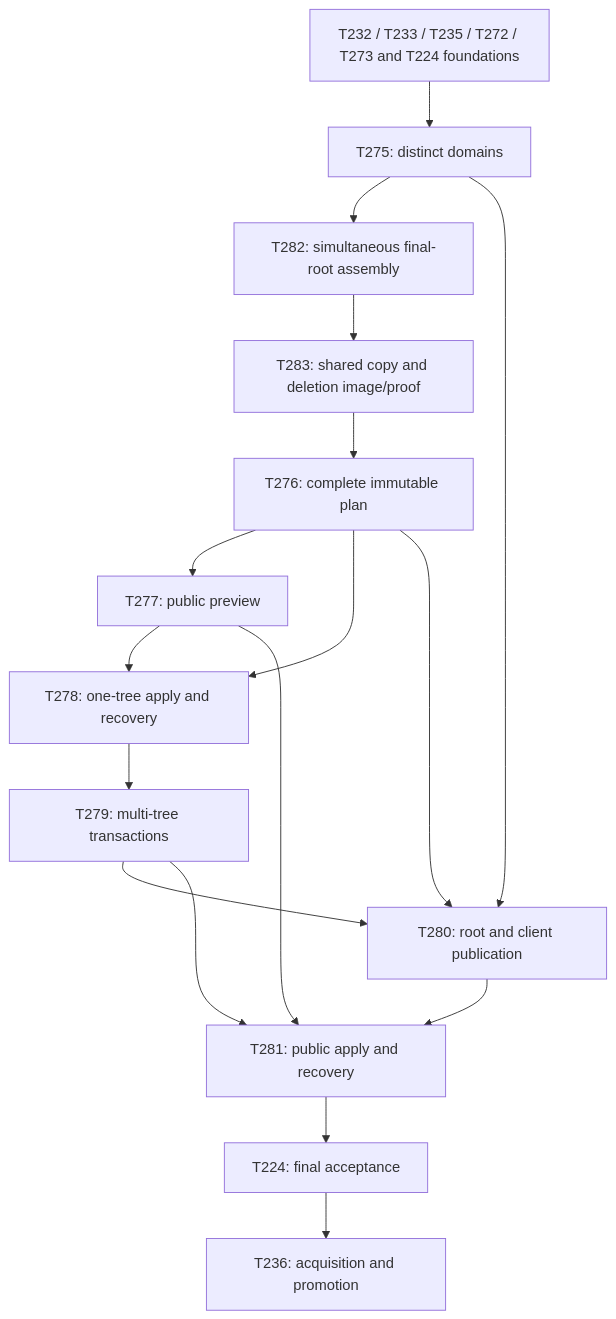
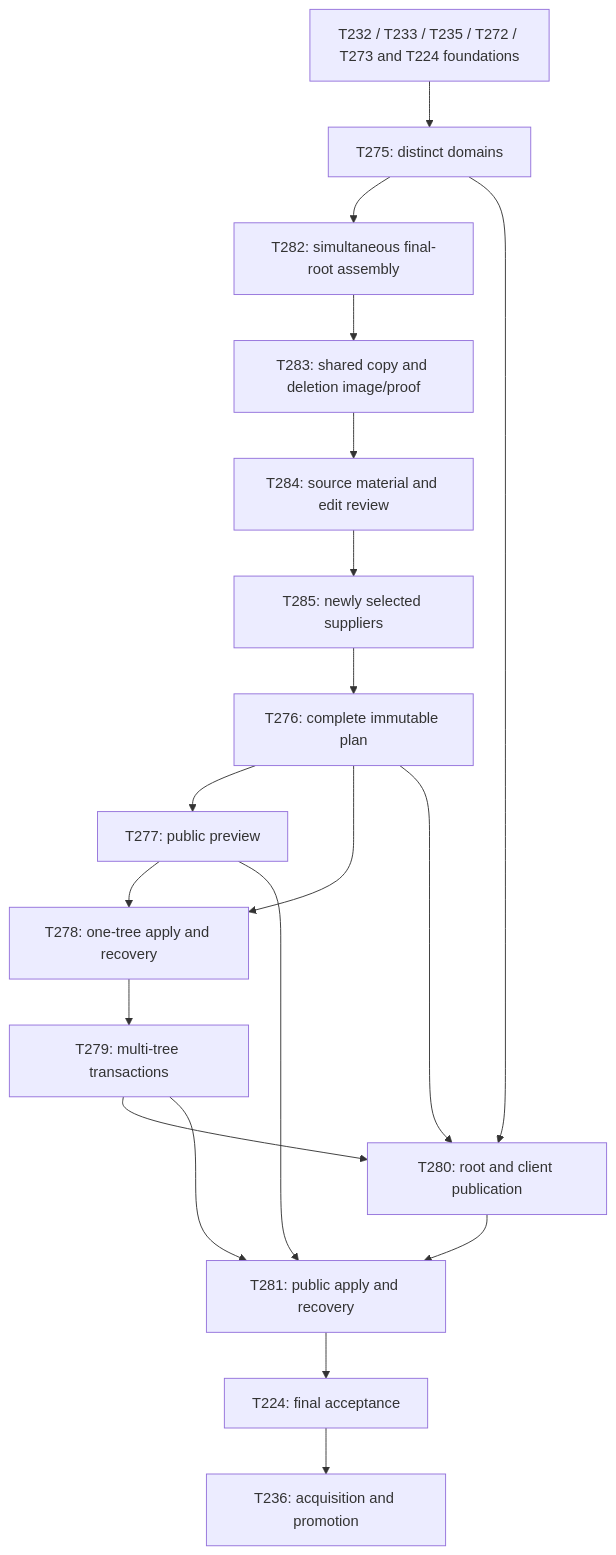
One commit to mem-memov/ama changed the diagram in docs/implementation/source-operations.md. Above: the diagram before and after it, drawn with Mermaid. The commit also changed other lines of this file and 40 other files, not shown here.

Commit message:
T284: verify operation intent, complete material and source edit authority

````diff
--- a/docs/implementation/source-operations.md
+++ b/docs/implementation/source-operations.md
@@ -69,19 +71,21 @@
 ```mermaid
 flowchart TD
     existing[T232 / T233 / T235 / T272 / T273 and T224 foundations] --> roots[T275: distinct domains]
     roots --> assembly[T282: simultaneous final-root assembly]
     assembly --> shared[T283: shared copy and deletion image/proof]
-    shared --> plan[T276: complete immutable plan]
+    shared --> material[T284: source material and edit review]
+    material --> selection[T285: newly selected suppliers]
+    selection --> plan[T276: complete immutable plan]
     plan --> preview[T277: public preview]
     plan --> journal[T278: one-tree apply and recovery]
     preview --> journal
     journal --> publish[T279: multi-tree transactions]
     roots --> metadata[T280: root and client publication]
     plan --> metadata
     publish --> metadata
     preview --> commands[T281: public apply and recovery]
     publish --> commands
     metadata --> commands
     commands --> final[T224: final acceptance]
     final --> acquire[T236: acquisition and promotion]
 ```
````
